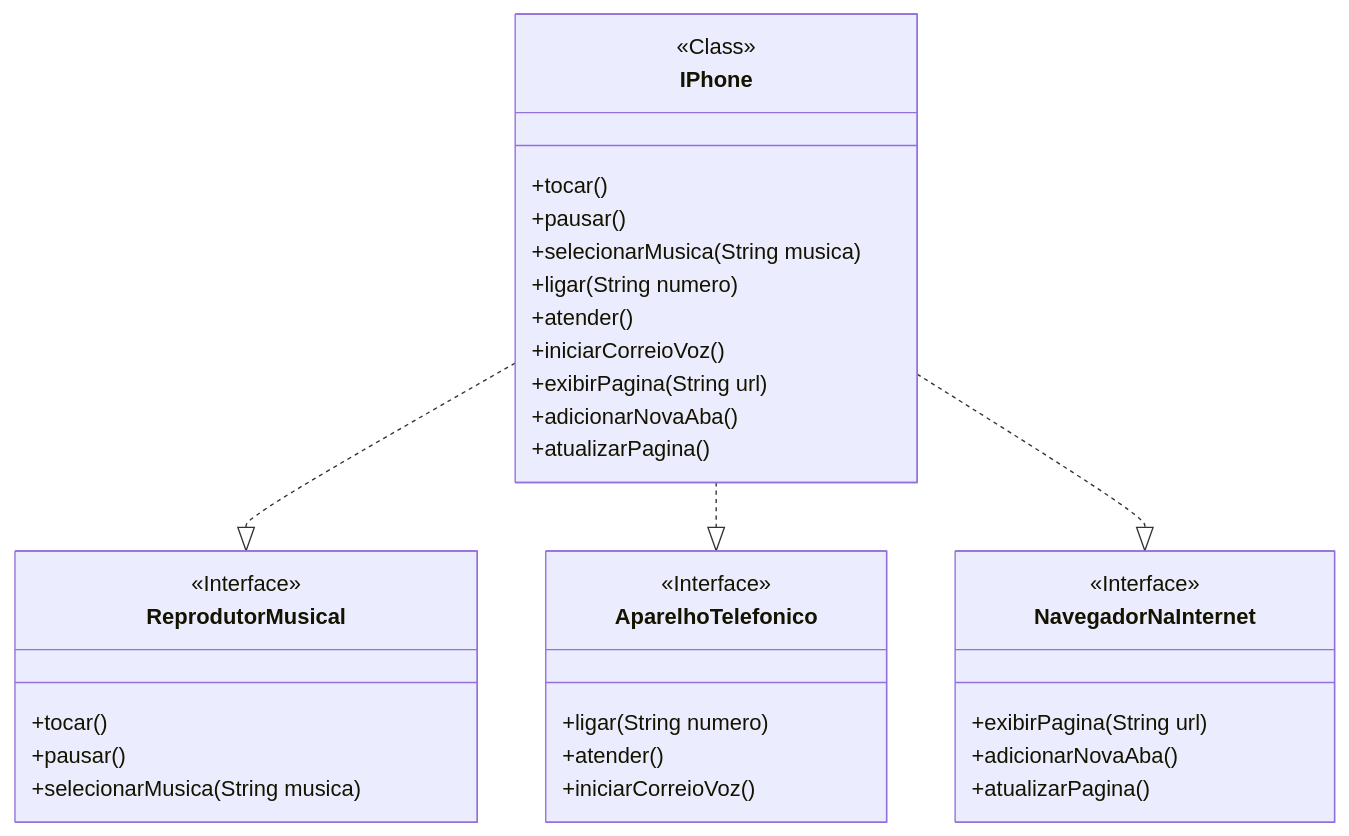
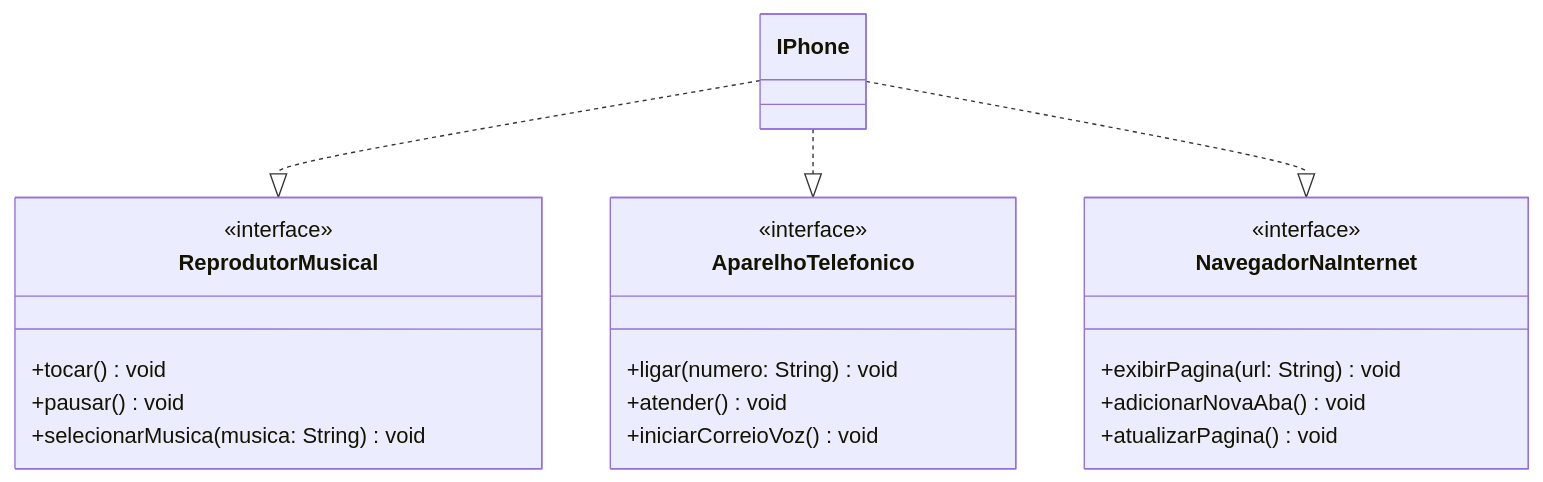
The diagram in README.md (HeberFHLemes/desafio-uml-iphone), drawn with Mermaid before and after one commit. The commit also changed other lines of this file, not shown here.

````diff
--- a/README.md
+++ b/README.md
@@ -6,37 +6,27 @@
 ```mermaid
 classDiagram
 direction TB
     class IPhone {
-        +tocar()
-        +pausar()
-        +selecionarMusica(String musica)
-        +ligar(String numero)
-        +atender()
-        +iniciarCorreioVoz()
-        +exibirPagina(String url)
-        +adicionarNovaAba()
-        +atualizarPagina()
     }
     class ReprodutorMusical {
-	    +tocar()
-	    +pausar()
-	    +selecionarMusica(String musica)
+	    +tocar() void
+	    +pausar() void
+	    +selecionarMusica(musica: String) void
     }
     class AparelhoTelefonico {
-	    +ligar(String numero)
-	    +atender()
-	    +iniciarCorreioVoz()
+	    +ligar(numero: String) void
+	    +atender() void
+	    +iniciarCorreioVoz() void
     }
     class NavegadorNaInternet {
-	    +exibirPagina(String url)
-	    +adicionarNovaAba()
-	    +atualizarPagina()
+	    +exibirPagina(url: String) void
+	    +adicionarNovaAba() void
+	    +atualizarPagina() void
     }
-    <<Class>> IPhone
-    <<Interface>> ReprodutorMusical
-    <<Interface>> AparelhoTelefonico
-    <<Interface>> NavegadorNaInternet
+    <<interface>> ReprodutorMusical
+    <<interface>> AparelhoTelefonico
+    <<interface>> NavegadorNaInternet
     IPhone ..|> ReprodutorMusical
     IPhone ..|> AparelhoTelefonico
     IPhone ..|> NavegadorNaInternet
 ```
````
